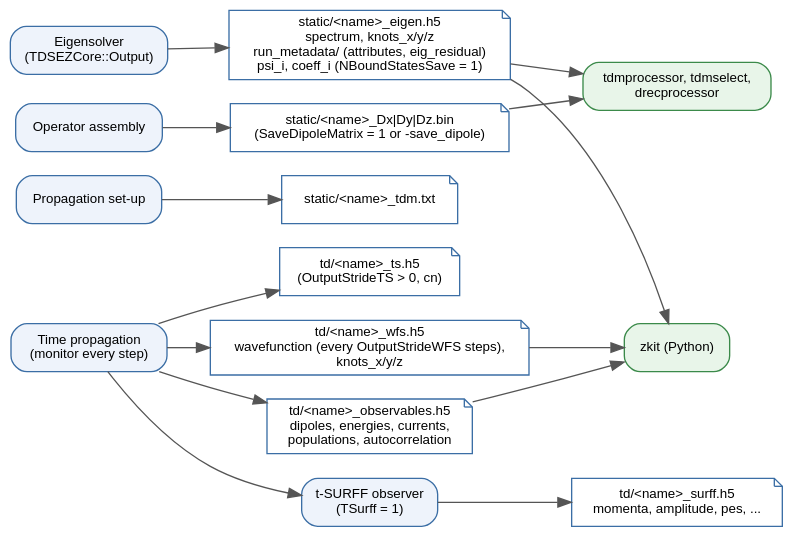
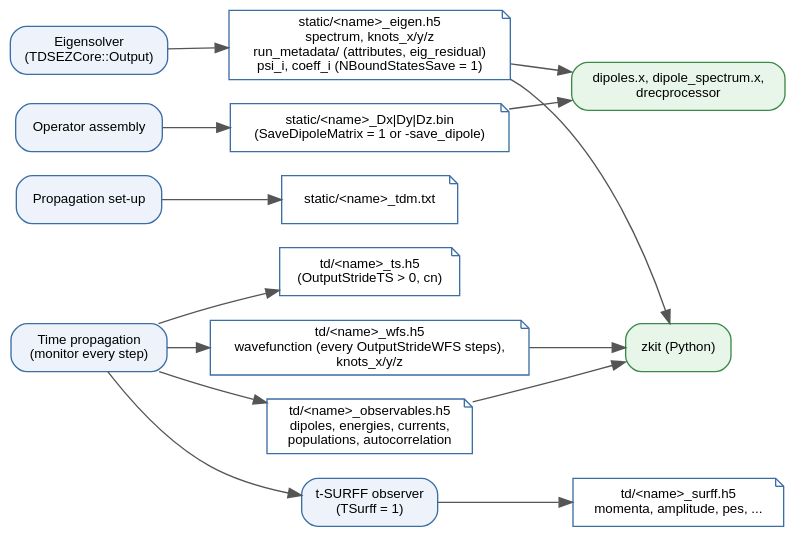
One commit to dahbiz/tdsez changed the diagram in docs/docs_sphinx/figures/HDF5-Output-dataflow.dot. Above: the diagram before and after it, drawn with Graphviz. The commit also changed 14 other files, not shown here.

First line of the commit message:
Post-processing tools: dipoles.x, dipole_spectrum.x, recombination.x

```diff
--- a/docs/docs_sphinx/figures/HDF5-Output-dataflow.dot
+++ b/docs/docs_sphinx/figures/HDF5-Output-dataflow.dot
@@ -1,31 +1,31 @@
 // Output files and the phase that writes them (src/core.cpp, src/tdsez.cpp,
 // src/manager.cpp, src/monitor.cpp, src/tsurff.cpp, src/diagnostics.cpp).
 digraph HDF5OutputDataflow {
   graph [fontname="Helvetica", rankdir=LR, nodesep=0.25, ranksep=0.45, bgcolor="transparent"];
   node  [fontname="Helvetica", fontsize=10, shape=box, style="rounded,filled", fillcolor="#eef3fb", color="#3b6ea5"];
   edge  [fontname="Helvetica", fontsize=9, color="#555555", fontcolor="#333333"];
 
   eig    [label="Eigensolver\n(TDSEZCore::Output)"];
   asm    [label="Operator assembly"];
   setup  [label="Propagation set-up"];
   prop   [label="Time propagation\n(monitor every step)"];
   surff  [label="t-SURFF observer\n(TSurff = 1)"];
 
   f_eig  [shape=note, fillcolor="#ffffff", label="static/<name>_eigen.h5\nspectrum, knots_x/y/z\nrun_metadata/ (attributes, eig_residual)\npsi_i, coeff_i (NBoundStatesSave = 1)"];
   f_bin  [shape=note, fillcolor="#ffffff", label="static/<name>_Dx|Dy|Dz.bin\n(SaveDipoleMatrix = 1 or -save_dipole)"];
   f_tdm  [shape=note, fillcolor="#ffffff", label="static/<name>_tdm.txt"];
   f_td   [shape=note, fillcolor="#ffffff", label="td/<name>_observables.h5\ndipoles, energies, currents,\npopulations, autocorrelation"];
   f_wfs  [shape=note, fillcolor="#ffffff", label="td/<name>_wfs.h5\nwavefunction (every OutputStrideWFS steps),\nknots_x/y/z"];
   f_ts   [shape=note, fillcolor="#ffffff", label="td/<name>_ts.h5\n(OutputStrideTS > 0, cn)"];
   f_sf   [shape=note, fillcolor="#ffffff", label="td/<name>_surff.h5\nmomenta, amplitude, pes, ..."];
 
-  post   [label="tdmprocessor, tdmselect,\ndrecprocessor", fillcolor="#e8f5e9", color="#3b8a4a"];
+  post   [label="dipoles.x, dipole_spectrum.x,\ndrecprocessor", fillcolor="#e8f5e9", color="#3b8a4a"];
   zkit   [label="zkit (Python)", fillcolor="#e8f5e9", color="#3b8a4a"];
 
   { rank=same; eig; asm; setup; prop; }
   eig -> asm -> setup -> prop [style=invis];
   eig -> f_eig; asm -> f_bin; setup -> f_tdm;
   prop -> f_td; prop -> f_wfs; prop -> f_ts; prop -> surff -> f_sf;
   f_eig -> post; f_bin -> post;
   f_eig -> zkit; f_td -> zkit; f_wfs -> zkit;
 }
```
